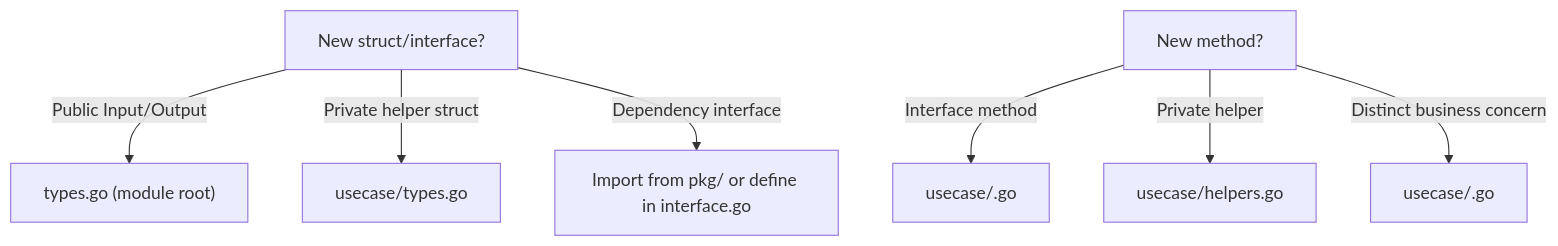
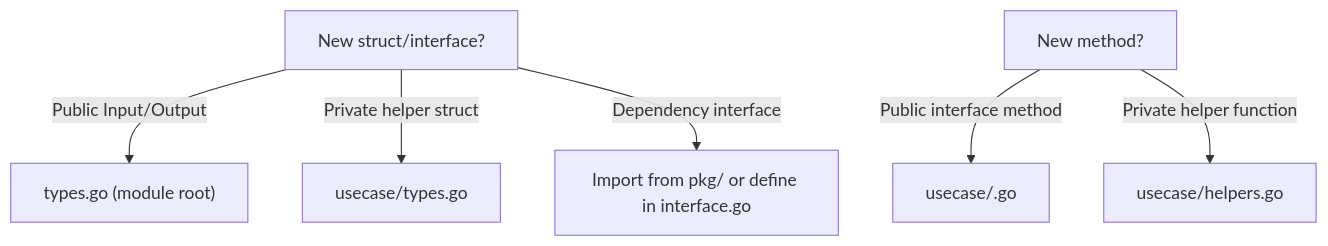
The second of 2 diagrams in documents/domain_convention/convention_usecase.md (smap-hcmut/knowledge-srv), drawn with Mermaid before and after one commit. The commit also changed other lines of this file and 61 other files, not shown here.

````diff
--- a/documents/domain_convention/convention_usecase.md
+++ b/documents/domain_convention/convention_usecase.md
@@ -69,9 +105,8 @@
 ```mermaid
 graph TD
     A["New struct/interface?"] -->|Public Input/Output| B["types.go (module root)"]
     A -->|Private helper struct| C["usecase/types.go"]
     A -->|Dependency interface| D["Import from pkg/ or define in interface.go"]
-    E["New method?"] -->|Interface method| F["usecase/<entity>.go"]
-    E -->|Private helper| G["usecase/helpers.go"]
-    E -->|Distinct business concern| H["usecase/<concern>.go"]
+    E["New method?"] -->|Public interface method| F["usecase/<method_name>.go"]
+    E -->|Private helper function| G["usecase/helpers.go"]
 ```
````
